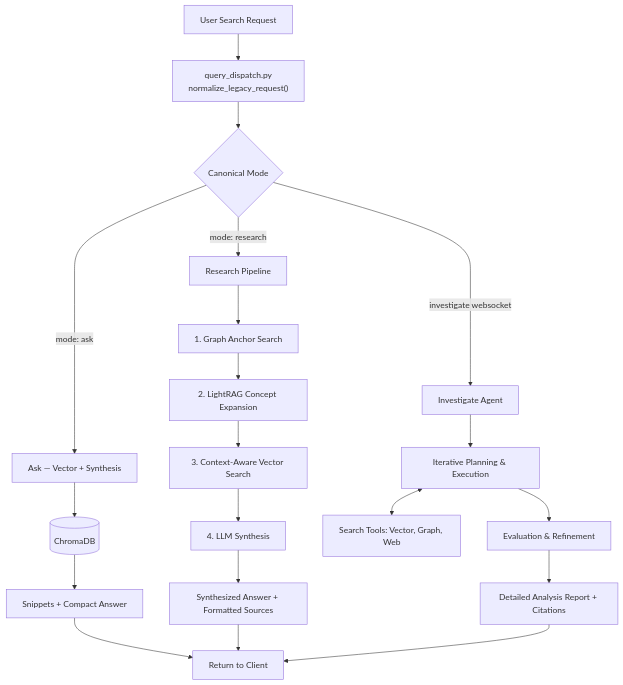
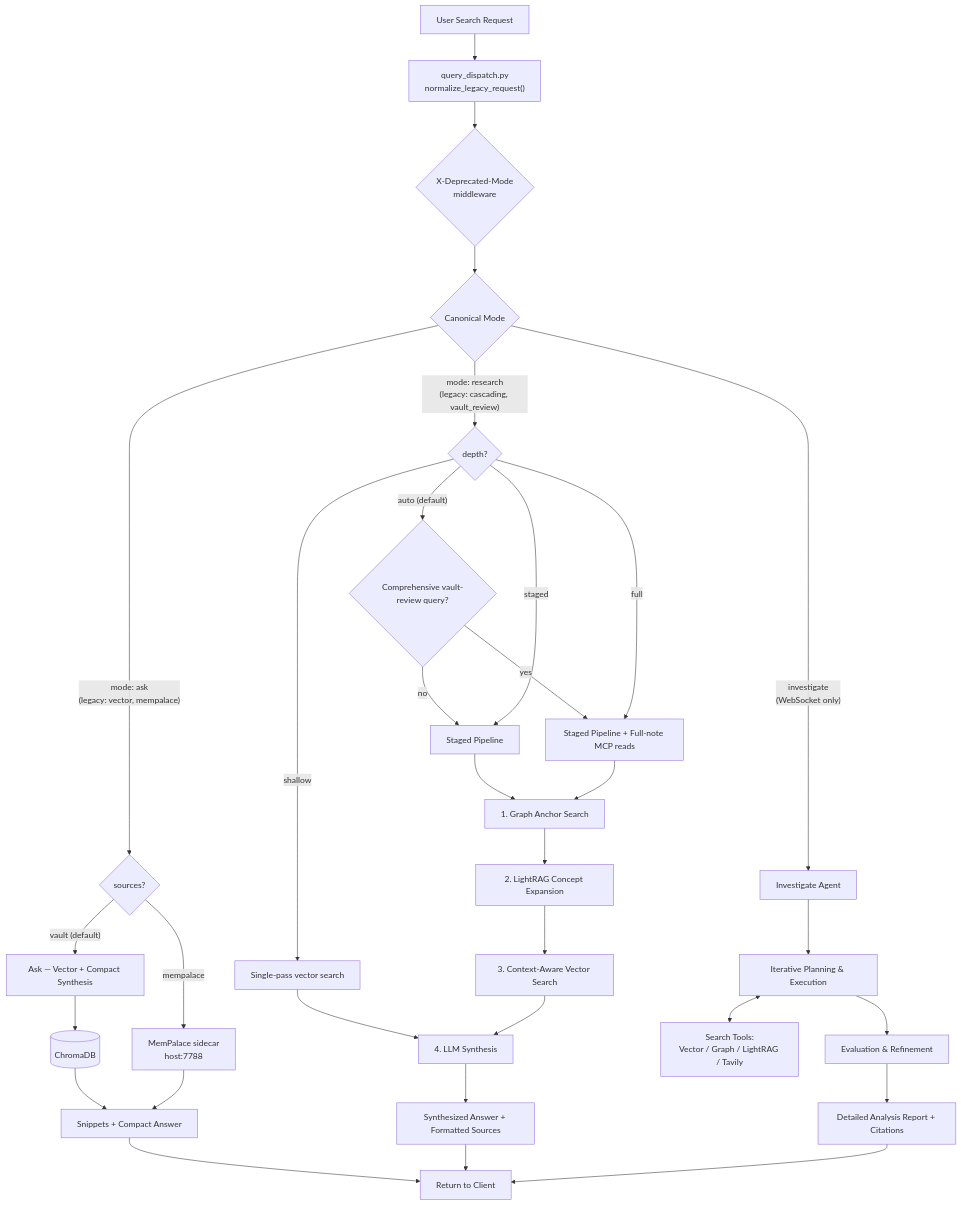
One commit to powskierman/obsidian_rag changed the second of 2 diagrams in Documentation/reference/search/SEARCH_ARCHITECTURE.md. Above: the diagram before and after it, drawn with Mermaid. The commit also changed other lines of this file and 35 other files, not shown here.

First line of the commit message:
docs: prune stale docs, fix flowcharts, document missing functionality

````diff
--- a/Documentation/reference/search/SEARCH_ARCHITECTURE.md
+++ b/Documentation/reference/search/SEARCH_ARCHITECTURE.md
@@ -34,28 +34,41 @@
 ```mermaid
 flowchart TD
-    Request[User Search Request] --> Dispatch["query_dispatch.py\nnormalize_legacy_request()"]
-    Dispatch --> Route{Canonical Mode}
+    Request[User Search Request] --> Dispatch["query_dispatch.py<br/>normalize_legacy_request()"]
+    Dispatch --> Tagged{"X-Deprecated-Mode<br/>middleware"}
+    Tagged --> Route{Canonical Mode}
 
     %% Ask Mode
-    Route -->|mode: ask| Ask[Ask — Vector + Synthesis]
+    Route -->|"mode: ask<br/>(legacy: vector, mempalace)"| AskRoute{"sources?"}
+    AskRoute -->|"vault (default)"| Ask[Ask — Vector + Compact Synthesis]
+    AskRoute -->|"mempalace"| MP["MemPalace sidecar<br/>host:7788"]
     Ask --> Chroma[(ChromaDB)]
     Chroma --> AskResults[Snippets + Compact Answer]
+    MP --> AskResults
     AskResults --> Return[Return to Client]
 
     %% Research Mode
-    Route -->|mode: research| Research[Research Pipeline]
-    Research --> Anchor[1. Graph Anchor Search]
+    Route -->|"mode: research<br/>(legacy: cascading, vault_review)"| Depth{depth?}
+    Depth -->|shallow| ShallowVec[Single-pass vector search]
+    ShallowVec --> Synthesize
+    Depth -->|"auto (default)"| AutoCheck{"Comprehensive vault-review query?"}
+    AutoCheck -->|yes| Full
+    AutoCheck -->|no| Staged
+    Depth -->|staged| Staged
+    Depth -->|full| Full
+
+    Staged[Staged Pipeline] --> Anchor[1. Graph Anchor Search]
+    Full[Staged Pipeline + Full-note MCP reads] --> Anchor
     Anchor --> Expand[2. LightRAG Concept Expansion]
     Expand --> Enhance[3. Context-Aware Vector Search]
     Enhance --> Synthesize[4. LLM Synthesis]
     Synthesize --> ResearchResults[Synthesized Answer + Formatted Sources]
     ResearchResults --> Return
 
     %% Investigate Mode
-    Route -->|investigate websocket| Investigate[Investigate Agent]
+    Route -->|"investigate<br/>(WebSocket only)"| Investigate[Investigate Agent]
     Investigate --> Loop[Iterative Planning & Execution]
-    Loop <--> Tools[Search Tools: Vector, Graph, Web]
+    Loop <--> Tools["Search Tools:<br/>Vector / Graph / LightRAG / Tavily"]
     Loop --> FinalEval[Evaluation & Refinement]
     FinalEval --> InvestigateResults[Detailed Analysis Report + Citations]
     InvestigateResults --> Return
 ```
````
